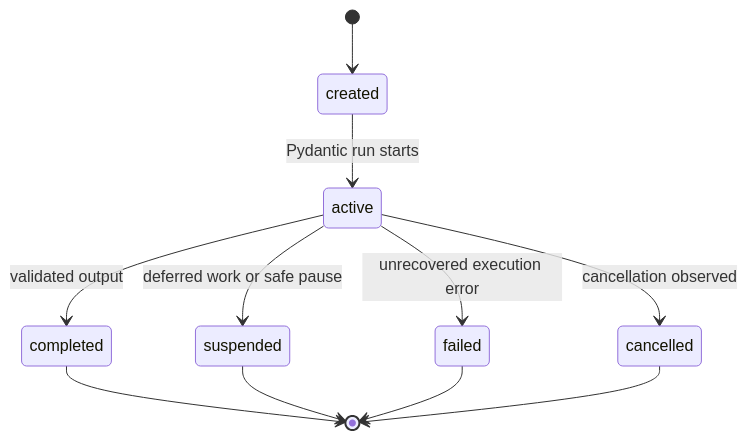
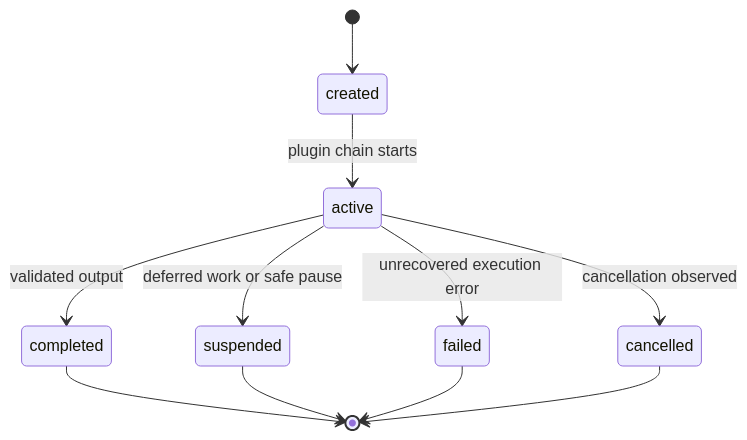
The second of 3 diagrams in spec/agent-harness/06-execution-context-and-lifecycle.md (LTThreeComma/agent-foundation), drawn with Mermaid before and after one commit. The commit also changed other lines of this file and 21 other files, not shown here.

````diff
--- a/spec/agent-harness/06-execution-context-and-lifecycle.md
+++ b/spec/agent-harness/06-execution-context-and-lifecycle.md
@@ -49,13 +51,13 @@
 ```mermaid
 stateDiagram-v2
     [*] --> created
-    created --> active: Pydantic run starts
+    created --> active: plugin chain starts
     active --> completed: validated output
     active --> suspended: deferred work or safe pause
     active --> failed: unrecovered execution error
     active --> cancelled: cancellation observed
     completed --> [*]
     suspended --> [*]
     failed --> [*]
     cancelled --> [*]
 ```
````
